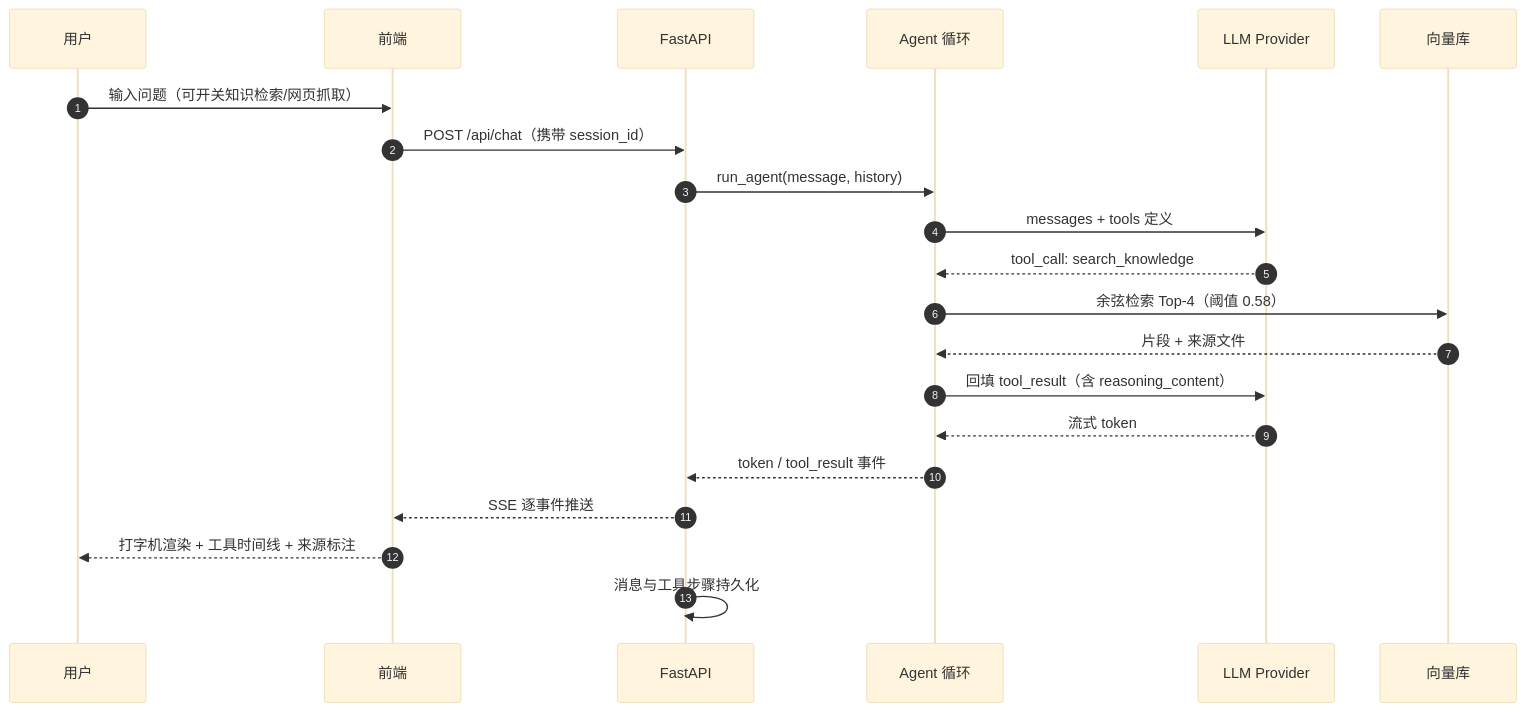
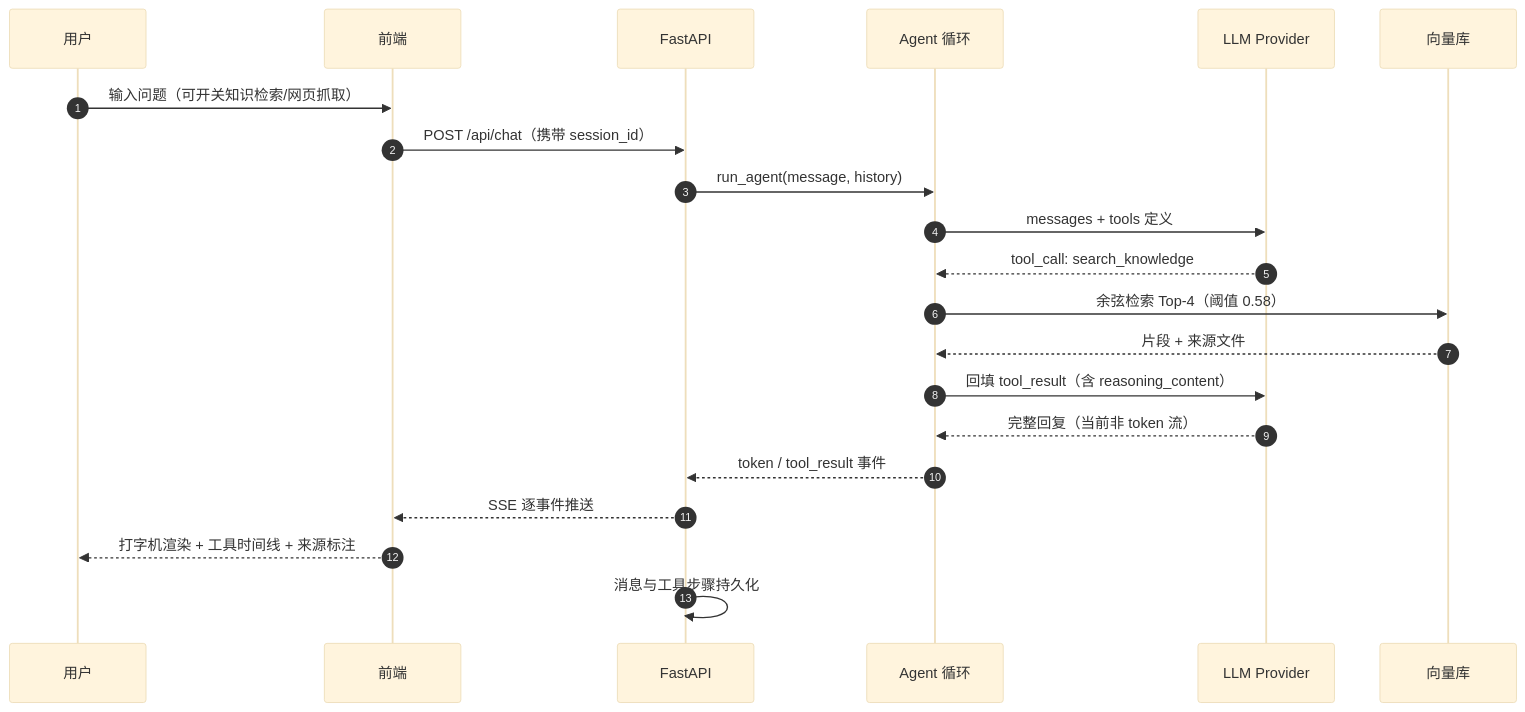
One commit to Xxcool/llm-agent changed the second of 2 diagrams in README.md. Above: the diagram before and after it, drawn with Mermaid (base theme). The commit also changed other lines of this file and 9 other files, not shown here.

````diff
--- a/README.md
+++ b/README.md
@@ -92,24 +92,24 @@
 ```mermaid
 sequenceDiagram
     autonumber
     participant U as 用户
     participant F as 前端
     participant B as FastAPI
     participant A as Agent 循环
     participant L as LLM Provider
     participant R as 向量库
 
     U->>F: 输入问题（可开关知识检索/网页抓取）
     F->>B: POST /api/chat（携带 session_id）
     B->>A: run_agent(message, history)
     A->>L: messages + tools 定义
     L-->>A: tool_call: search_knowledge
     A->>R: 余弦检索 Top-4（阈值 0.58）
     R-->>A: 片段 + 来源文件
     A->>L: 回填 tool_result（含 reasoning_content）
-    L-->>A: 流式 token
+    L-->>A: 完整回复（当前非 token 流）
     A-->>B: token / tool_result 事件
     B-->>F: SSE 逐事件推送
     F-->>U: 打字机渲染 + 工具时间线 + 来源标注
     B->>B: 消息与工具步骤持久化
 ```
````
